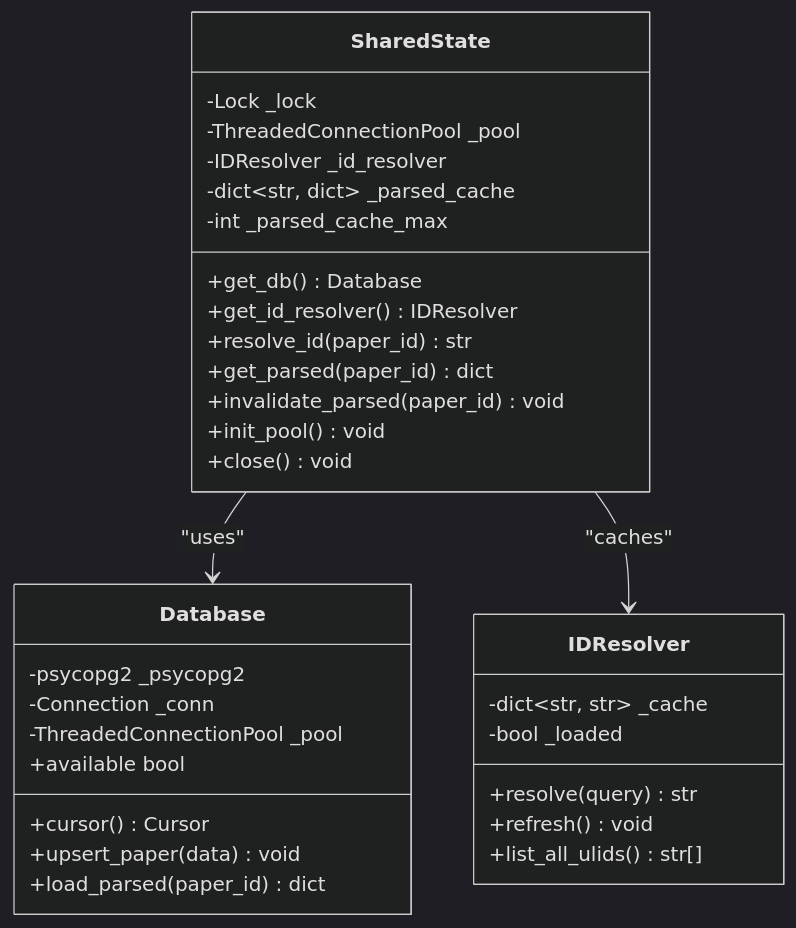
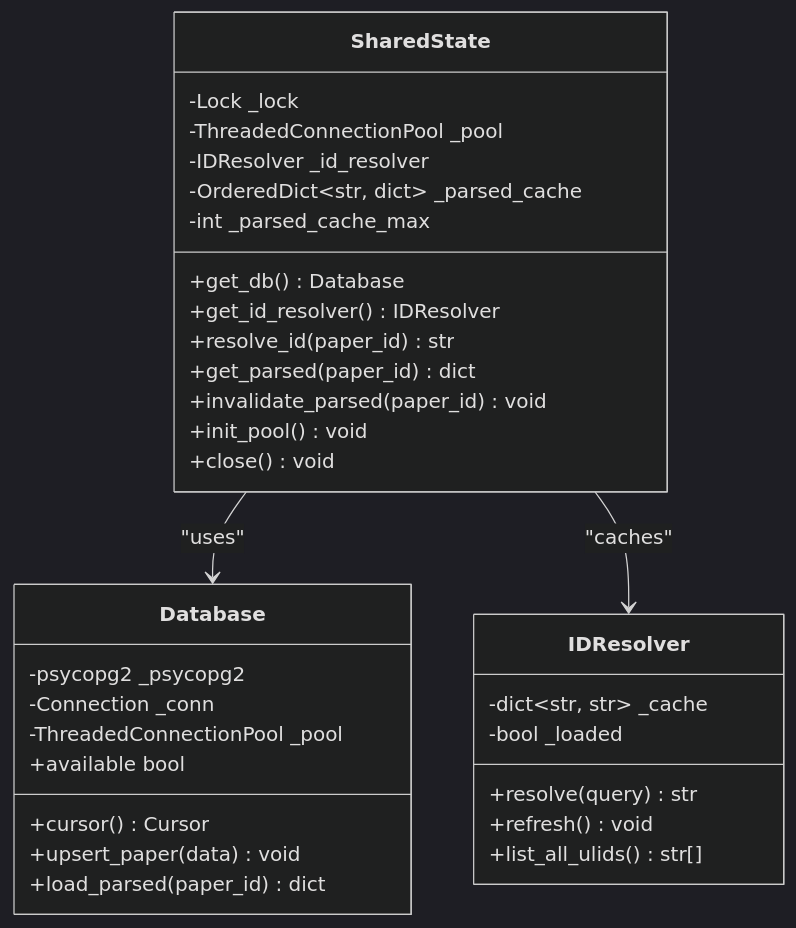
Before and after one commit to 1173591564/academic-based-qoder: the third of 8 diagrams in .qoder/repowiki/zh/content/Python后端系统/共享状态管理系统.md, drawn with Mermaid (dark theme). The commit also changed other lines of this file and 81 other files, not shown here.

````diff
--- a/.qoder/repowiki/zh/content/Python后端系统/共享状态管理系统.md
+++ b/.qoder/repowiki/zh/content/Python后端系统/共享状态管理系统.md
@@ -143,35 +154,35 @@
 ```mermaid
 classDiagram
 class SharedState {
 -Lock _lock
 -ThreadedConnectionPool _pool
 -IDResolver _id_resolver
--dict~str, dict~ _parsed_cache
+-OrderedDict~str, dict~ _parsed_cache
 -int _parsed_cache_max
 +get_db() Database
 +get_id_resolver() IDResolver
 +resolve_id(paper_id) str
 +get_parsed(paper_id) dict
 +invalidate_parsed(paper_id) void
 +init_pool() void
 +close() void
 }
 class Database {
 -psycopg2 _psycopg2
 -Connection _conn
 -ThreadedConnectionPool _pool
 +available bool
 +cursor() Cursor
 +upsert_paper(data) void
 +load_parsed(paper_id) dict
 }
 class IDResolver {
 -dict~str, str~ _cache
 -bool _loaded
 +resolve(query) str
 +refresh() void
 +list_all_ulids() str[]
 }
 SharedState --> Database : "uses"
 SharedState --> IDResolver : "caches"
 ```
````
